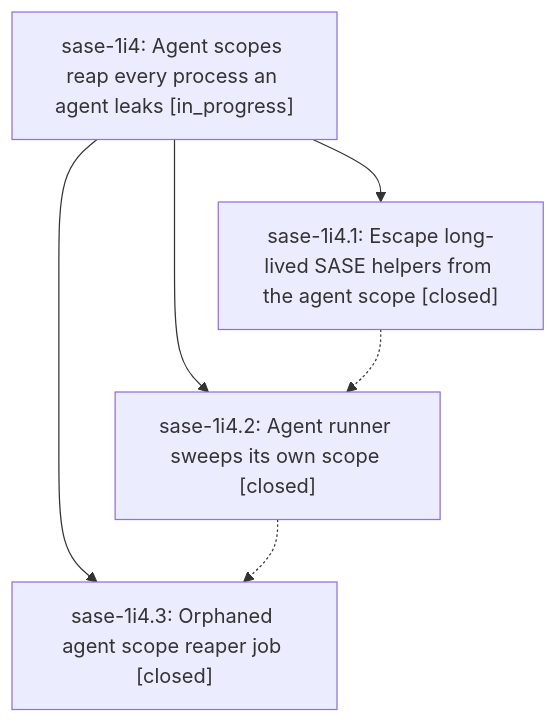
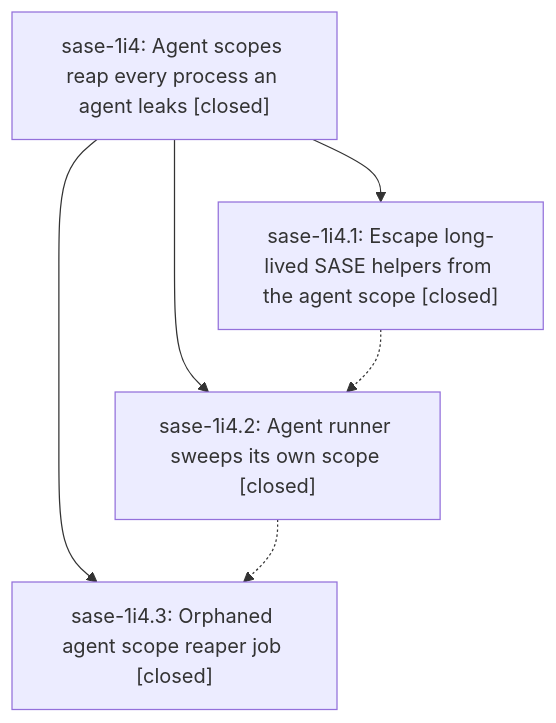
One commit to sase-org/sase--beads changed the diagram in pages/sase-1i4/README.md. Above: the diagram before and after it, drawn with Mermaid. The commit also changed other lines of this file and 2 other files, not shown here.

First line of the commit message:
chore(beads): sync bead state and pages for sase-1i4

````diff
--- a/pages/sase-1i4/README.md
+++ b/pages/sase-1i4/README.md
@@ -38,12 +66,12 @@
 ```mermaid
 flowchart TD
-    n0["sase-1i4: Agent scopes reap every process an agent leaks [in_progress]"]
+    n0["sase-1i4: Agent scopes reap every process an agent leaks [closed]"]
     n1["sase-1i4.1: Escape long-lived SASE helpers from the agent scope [closed]"]
     n2["sase-1i4.2: Agent runner sweeps its own scope [closed]"]
     n3["sase-1i4.3: Orphaned agent scope reaper job [closed]"]
     n0 --> n1
     n0 --> n2
     n0 --> n3
     n1 -.-> n2
     n2 -.-> n3
 ```
````
